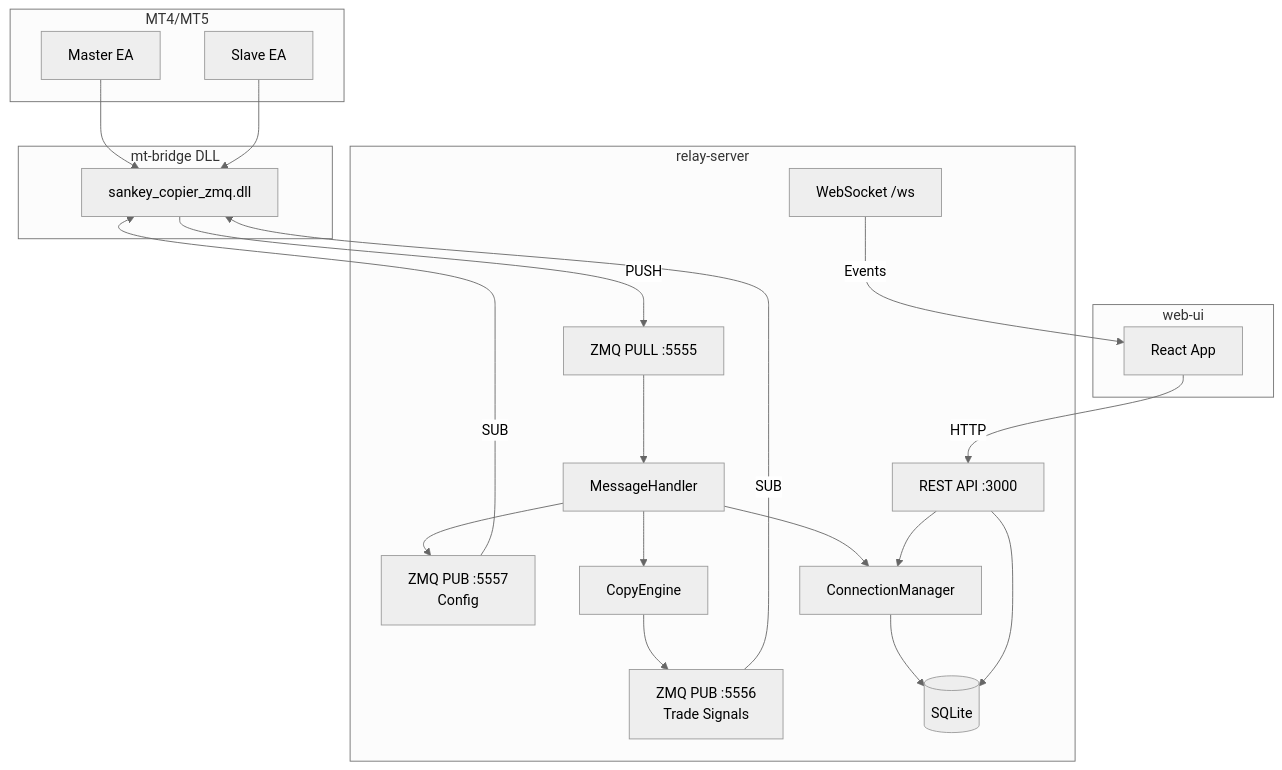
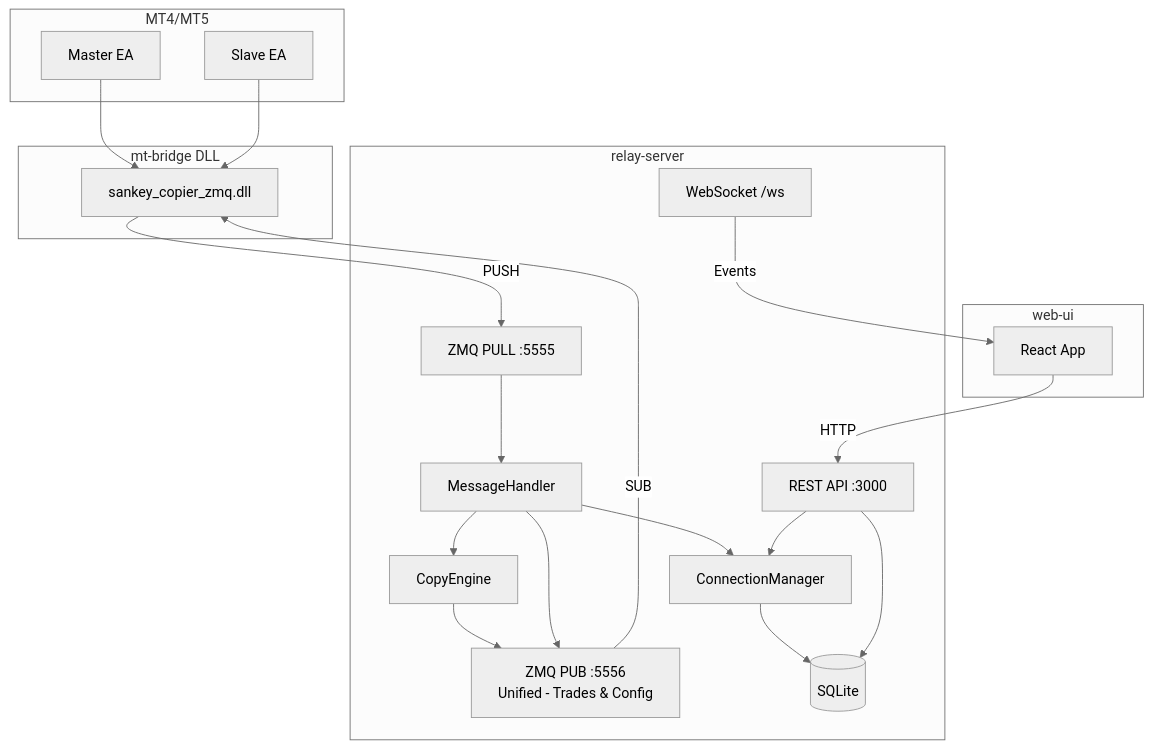
Before and after one commit to poruru210/sankey-copier: the first of 5 diagrams in docs/relay-server.md, drawn with Mermaid (neutral theme). The commit also changed other lines of this file and 35 other files, not shown here.

````diff
--- a/docs/relay-server.md
+++ b/docs/relay-server.md
@@ -15,46 +15,44 @@
 ```mermaid
 graph TB
     subgraph "MT4/MT5"
         MEA[Master EA]
         SEA[Slave EA]
     end
 
     subgraph "mt-bridge DLL"
         DLL[sankey_copier_zmq.dll]
     end
 
     subgraph "relay-server"
         ZMQ_PULL[ZMQ PULL :5555]
-        ZMQ_PUB_TRADE[ZMQ PUB :5556<br/>Trade Signals]
-        ZMQ_PUB_CONFIG[ZMQ PUB :5557<br/>Config]
+        ZMQ_PUB[ZMQ PUB :5556<br/>Unified - Trades & Config]
 
         MH[MessageHandler]
         CE[CopyEngine]
         CM[ConnectionManager]
         DB[(SQLite)]
         API[REST API :3000]
         WS[WebSocket /ws]
     end
 
     subgraph "web-ui"
         UI[React App]
     end
 
     MEA --> DLL
     SEA --> DLL
     DLL -->|PUSH| ZMQ_PULL
-    ZMQ_PUB_TRADE -->|SUB| DLL
-    ZMQ_PUB_CONFIG -->|SUB| DLL
+    ZMQ_PUB -->|SUB| DLL
 
     ZMQ_PULL --> MH
     MH --> CE
     MH --> CM
-    CE --> ZMQ_PUB_TRADE
-    MH --> ZMQ_PUB_CONFIG
+    CE --> ZMQ_PUB
+    MH --> ZMQ_PUB
     CM --> DB
 
     API --> DB
     API --> CM
     UI -->|HTTP| API
     WS -->|Events| UI
 ```
````
